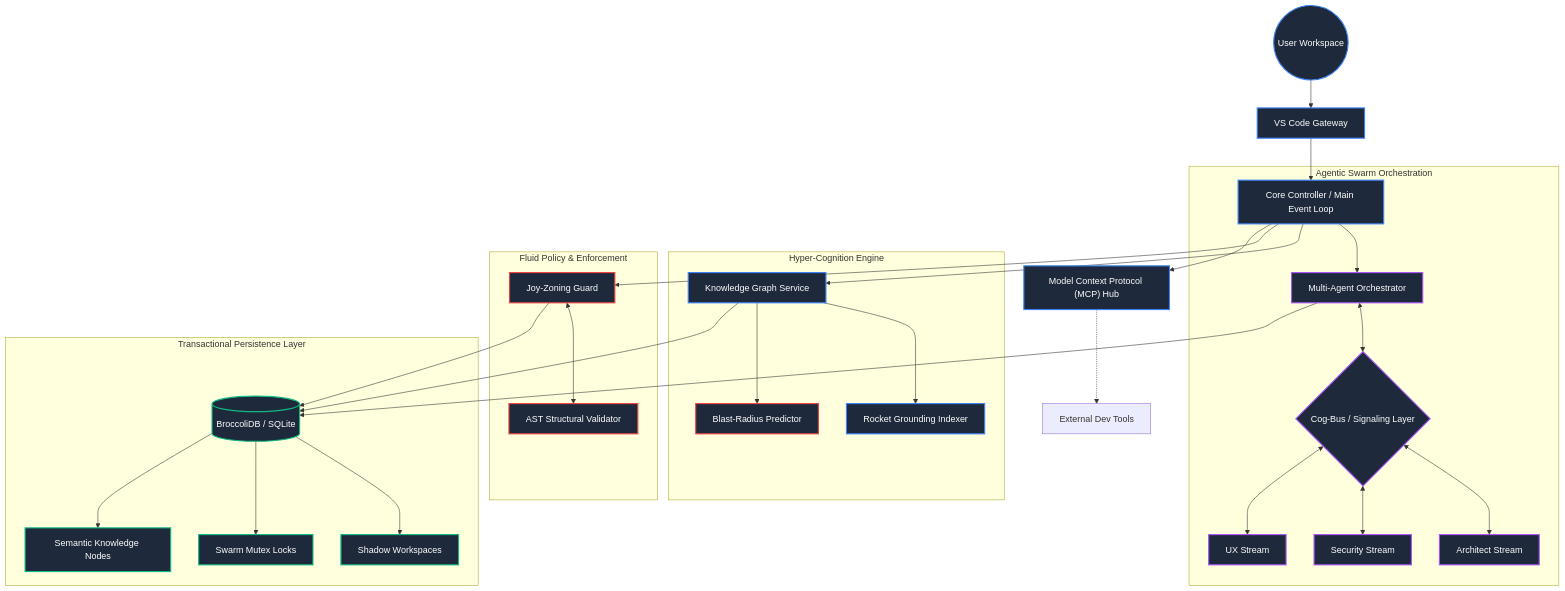
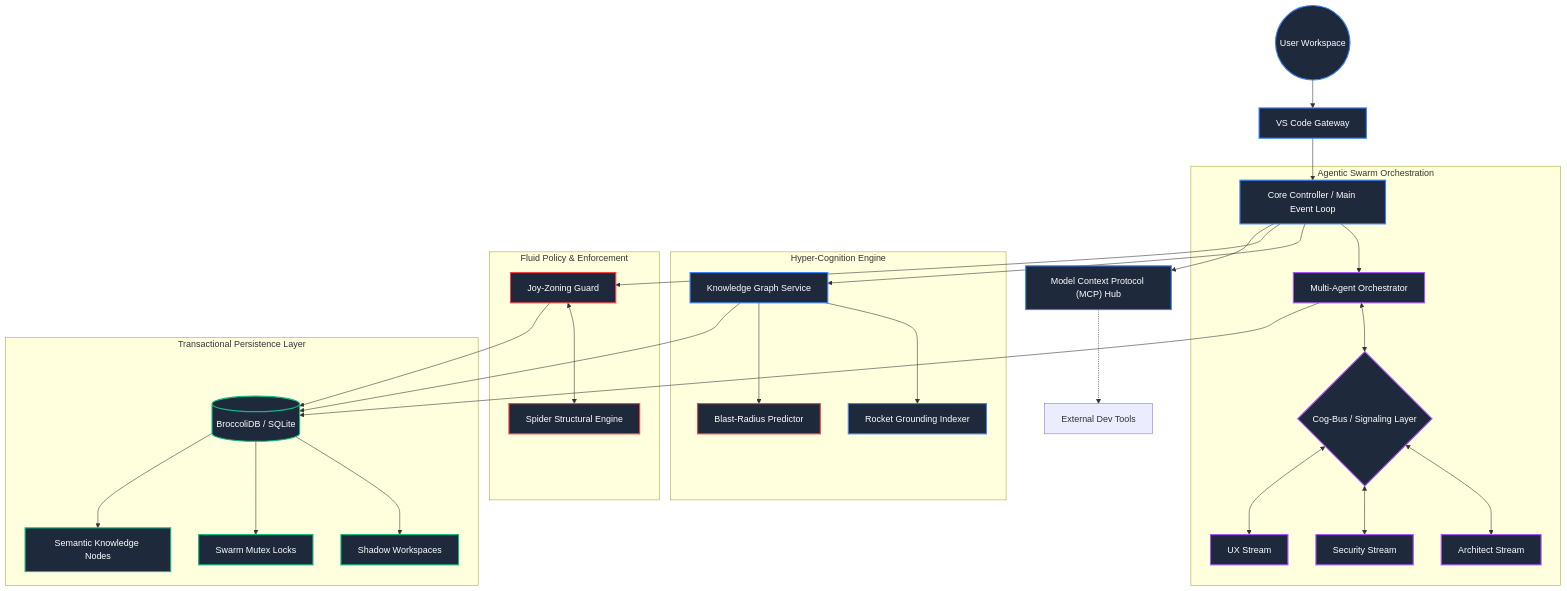
One commit to CardSorting/codemarie changed the first of 4 diagrams in README.md. Above: the diagram before and after it, drawn with Mermaid. The commit also changed other lines of this file and 3 other files, not shown here.

First line of the commit message:
I have successfully updated the project documentation and versioning to reflect the Spider Structural Intelligence Engine integration.

````diff
--- a/README.md
+++ b/README.md
@@ -82,41 +92,41 @@
 ```mermaid
 graph TD
     classDef primary fill:#1e293b,stroke:#3b82f6,stroke-width:2px,color:#fff;
     classDef secondary fill:#1e293b,stroke:#a855f7,stroke-width:2px,color:#fff;
     classDef database fill:#1e293b,stroke:#10b981,stroke-width:2px,color:#fff;
     classDef warning fill:#1e293b,stroke:#ef4444,stroke-width:2px,color:#fff;
 
     User((User Workspace)):::primary --> Extension[VS Code Gateway]:::primary
     Extension --> Controller[Core Controller / Main Event Loop]:::primary
     
     subgraph "Agentic Swarm Orchestration"
         Controller --> MAS[Multi-Agent Orchestrator]:::secondary
         MAS <--> SignalBus{Cog-Bus / Signaling Layer}:::secondary
         SignalBus <--> SubA[Architect Stream]:::secondary
         SignalBus <--> SubB[Security Stream]:::secondary
         SignalBus <--> SubC[UX Stream]:::secondary
     end
     
     subgraph "Hyper-Cognition Engine"
         Controller --> KGS[Knowledge Graph Service]:::primary
         KGS --> Rocket[Rocket Grounding Indexer]:::primary
         KGS --> Predict[Blast-Radius Predictor]:::warning
     end
 
     subgraph "Fluid Policy & Enforcement"
         Controller --> JZ[Joy-Zoning Guard]:::warning
-        JZ <--> Validator[AST Structural Validator]:::warning
+        JZ <--> Spider[Spider Structural Engine]:::warning
     end
     
     subgraph "Transactional Persistence Layer"
         MAS --> DB[(BroccoliDB / SQLite)]:::database
         KGS --> DB
         JZ --> DB
         DB --> Shadows[Shadow Workspaces]:::database
         DB --> Mutex[Swarm Mutex Locks]:::database
         DB --> Nodes[Semantic Knowledge Nodes]:::database
     end
     
     Controller --> MCPHub["Model Context Protocol (MCP) Hub"]:::primary
     MCPHub -.-> ExtTools[External Dev Tools]
 ```
````
